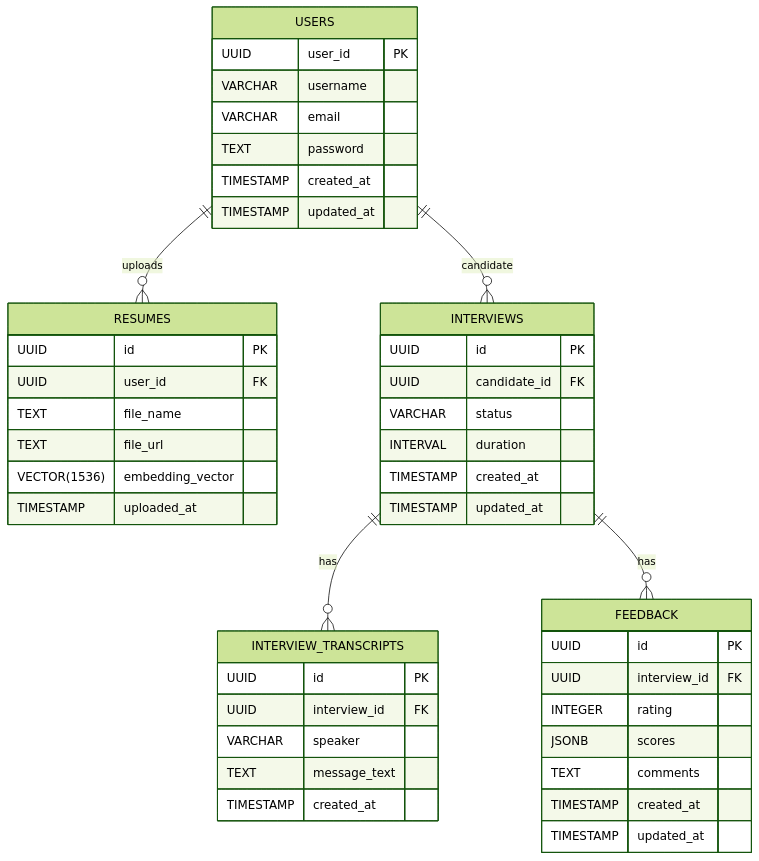
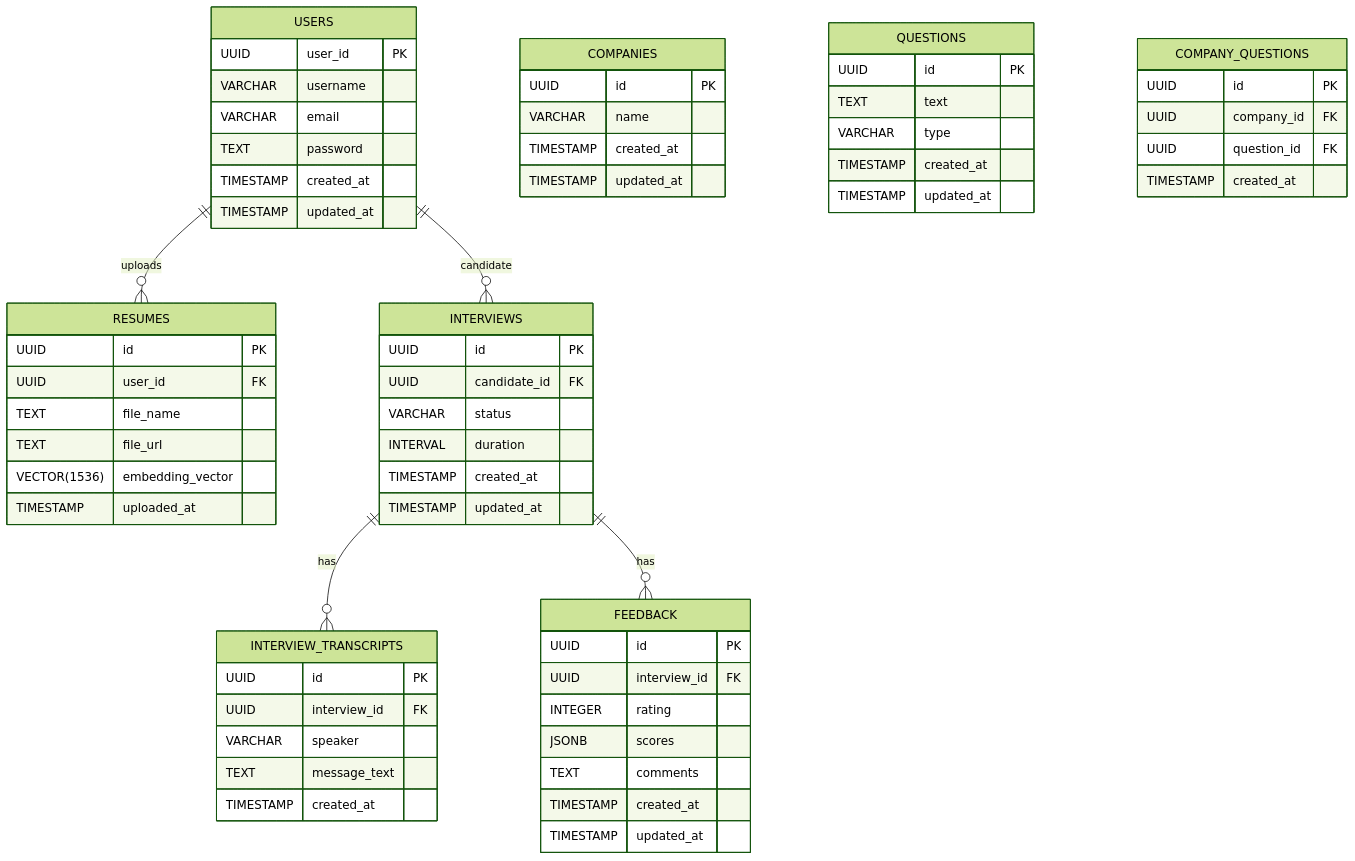
One commit to ai-mock-interviewer/backend changed the diagram in README.md. Above: the diagram before and after it, drawn with Mermaid (forest theme).

````diff
--- a/README.md
+++ b/README.md
@@ -277,53 +277,75 @@
 ```mermaid
 erDiagram
     USERS {
         UUID user_id PK
         VARCHAR username
         VARCHAR email
         TEXT password
         TIMESTAMP created_at
         TIMESTAMP updated_at
     }
 
     RESUMES {
         UUID id PK
         UUID user_id FK
         TEXT file_name
         TEXT file_url
         VECTOR(1536) embedding_vector
         TIMESTAMP uploaded_at
+    }
+
+    COMPANIES {
+        UUID id PK
+        VARCHAR name
+        TIMESTAMP created_at
+        TIMESTAMP updated_at
+    }
+
+    QUESTIONS {
+        UUID id PK
+        TEXT text
+        VARCHAR type
+        TIMESTAMP created_at
+        TIMESTAMP updated_at
+    }
+
+    COMPANY_QUESTIONS {
+        UUID id PK
+        UUID company_id FK
+        UUID question_id FK
+        TIMESTAMP created_at
     }
 
     INTERVIEWS {
         UUID id PK
         UUID candidate_id FK
         VARCHAR status
         INTERVAL duration
         TIMESTAMP created_at
         TIMESTAMP updated_at
     }
 
     INTERVIEW_TRANSCRIPTS {
         UUID id PK
         UUID interview_id FK
         VARCHAR speaker
         TEXT message_text
         TIMESTAMP created_at
     }
 
     FEEDBACK {
         UUID id PK
         UUID interview_id FK
         INTEGER rating
         JSONB scores
         TEXT comments
         TIMESTAMP created_at
         TIMESTAMP updated_at
     }
 
     USERS ||--o{ RESUMES : uploads
     USERS ||--o{ INTERVIEWS : "candidate"
     INTERVIEWS ||--o{ INTERVIEW_TRANSCRIPTS : has
     INTERVIEWS ||--o{ FEEDBACK : has
 
 ```
````
